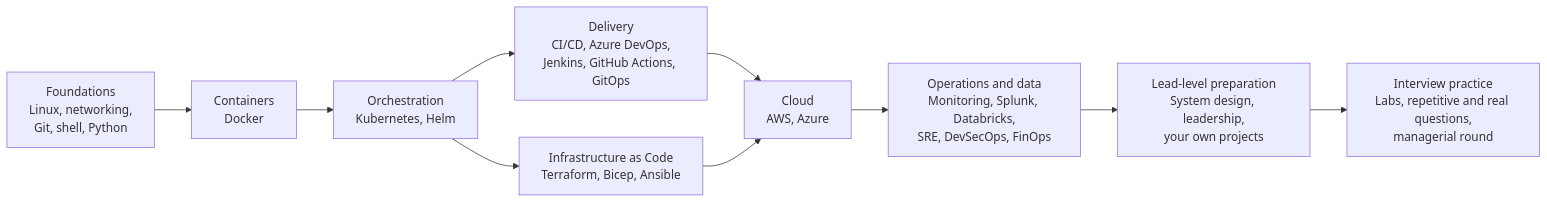
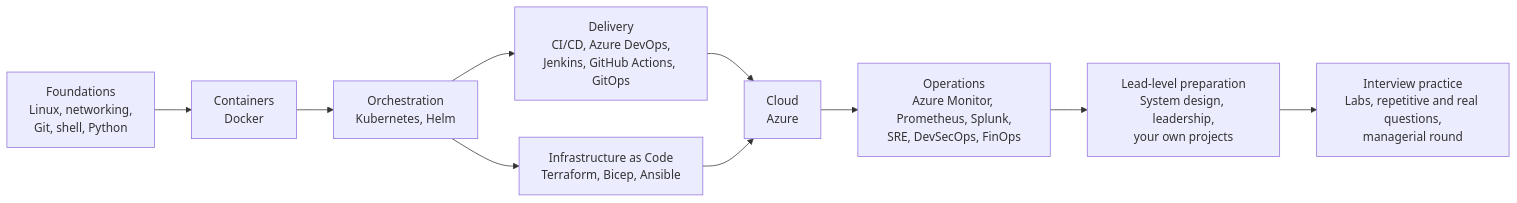
One commit to SivaKumarMahan/interview-questions changed the first of 3 diagrams in README.md. Above: the diagram before and after it, drawn with Mermaid. The commit also changed other lines of this file and 1 other file, not shown here.

First line of the commit message:
README: align study plans and index with the Azure resume

````diff
--- a/README.md
+++ b/README.md
@@ -85,12 +85,12 @@
 ```mermaid
 flowchart LR
     A["Foundations<br/>Linux, networking,<br/>Git, shell, Python"] --> B["Containers<br/>Docker"]
     B --> C["Orchestration<br/>Kubernetes, Helm"]
     C --> D["Delivery<br/>CI/CD, Azure DevOps,<br/>Jenkins, GitHub Actions, GitOps"]
     C --> E["Infrastructure as Code<br/>Terraform, Bicep, Ansible"]
-    D --> F["Cloud<br/>AWS, Azure"]
+    D --> F["Cloud<br/>Azure"]
     E --> F
-    F --> G["Operations and data<br/>Monitoring, Splunk, Databricks,<br/>SRE, DevSecOps, FinOps"]
+    F --> G["Operations<br/>Azure Monitor, Prometheus, Splunk,<br/>SRE, DevSecOps, FinOps"]
     G --> L["Lead-level preparation<br/>System design, leadership,<br/>your own projects"]
     L --> H["Interview practice<br/>Labs, repetitive and real questions,<br/>managerial round"]
 ```
````
